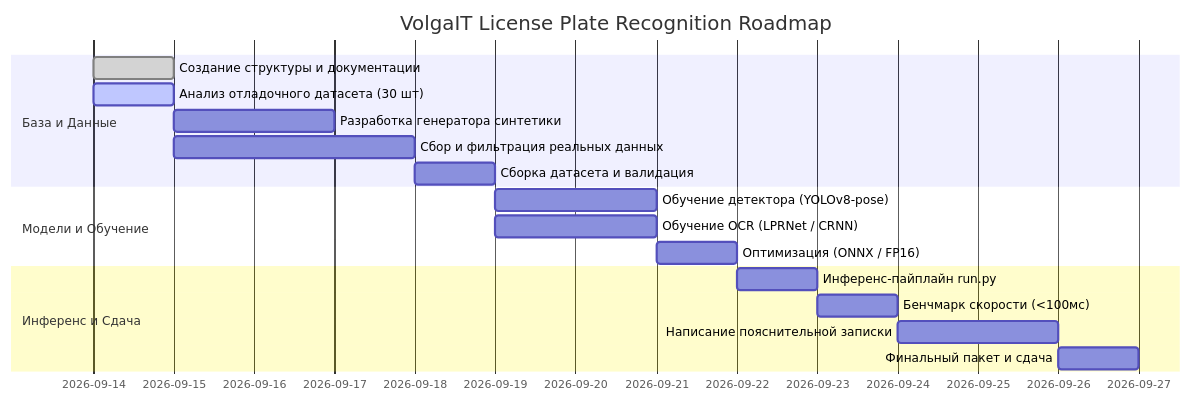
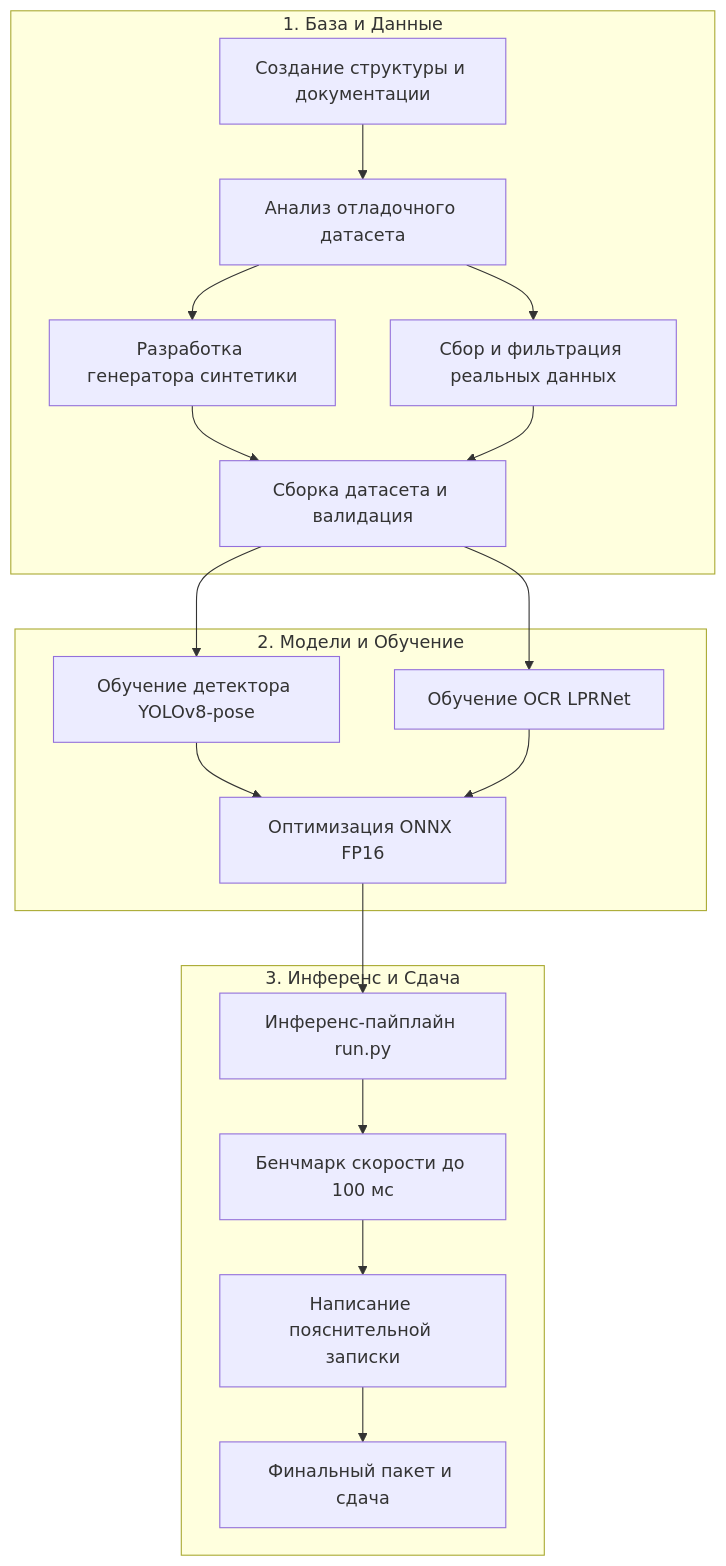
Before and after one commit to Vamsilver/OmniPlate-RU: the diagram in docs/workflow/milestones_and_action_plan.md, drawn with Mermaid. The commit also changed 24 other files, not shown here.

Commit message:
docs(submission): record solo author Vasiliev R.A., update submission letter and fix mermaid diagrams syntax

````diff
--- a/docs/workflow/milestones_and_action_plan.md
+++ b/docs/workflow/milestones_and_action_plan.md
@@ -5,20 +5,22 @@
 ```mermaid
-gantt
-    title VolgaIT License Plate Recognition Roadmap
-    dateFormat  YYYY-MM-DD
-    section База и Данные
-    Создание структуры и документации      :done,    m1, 2026-09-14, 1d
-    Анализ отладочного датасета (30 шт)    :active,  m2, 2026-09-14, 1d
-    Разработка генератора синтетики        :         m3, after m2, 2d
-    Сбор и фильтрация реальных данных      :         m4, after m2, 3d
-    Сборка датасета и валидация            :         m5, after m3 m4, 1d
-    section Модели и Обучение
-    Обучение детектора (YOLOv8-pose)       :         m6, after m5, 2d
-    Обучение OCR (LPRNet / CRNN)           :         m7, after m5, 2d
-    Оптимизация (ONNX / FP16)              :         m8, after m6 m7, 1d
-    section Инференс и Сдача
-    Инференс-пайплайн run.py               :         m9, after m8, 1d
-    Бенчмарк скорости (<100мс)             :         m10, after m9, 1d
-    Написание пояснительной записки        :         m11, after m10, 2d
-    Финальный пакет и сдача                :         m12, after m11, 1d
+flowchart TD
+    subgraph S1["1. База и Данные"]
+        M1["Создание структуры и документации"] --> M2["Анализ отладочного датасета"]
+        M2 --> M3["Разработка генератора синтетики"]
+        M2 --> M4["Сбор и фильтрация реальных данных"]
+        M3 --> M5["Сборка датасета и валидация"]
+        M4 --> M5
+    end
+    subgraph S2["2. Модели и Обучение"]
+        M5 --> M6["Обучение детектора YOLOv8-pose"]
+        M5 --> M7["Обучение OCR LPRNet"]
+        M6 --> M8["Оптимизация ONNX FP16"]
+        M7 --> M8
+    end
+    subgraph S3["3. Инференс и Сдача"]
+        M8 --> M9["Инференс-пайплайн run.py"]
+        M9 --> M10["Бенчмарк скорости до 100 мс"]
+        M10 --> M11["Написание пояснительной записки"]
+        M11 --> M12["Финальный пакет и сдача"]
+    end
 ```
````
